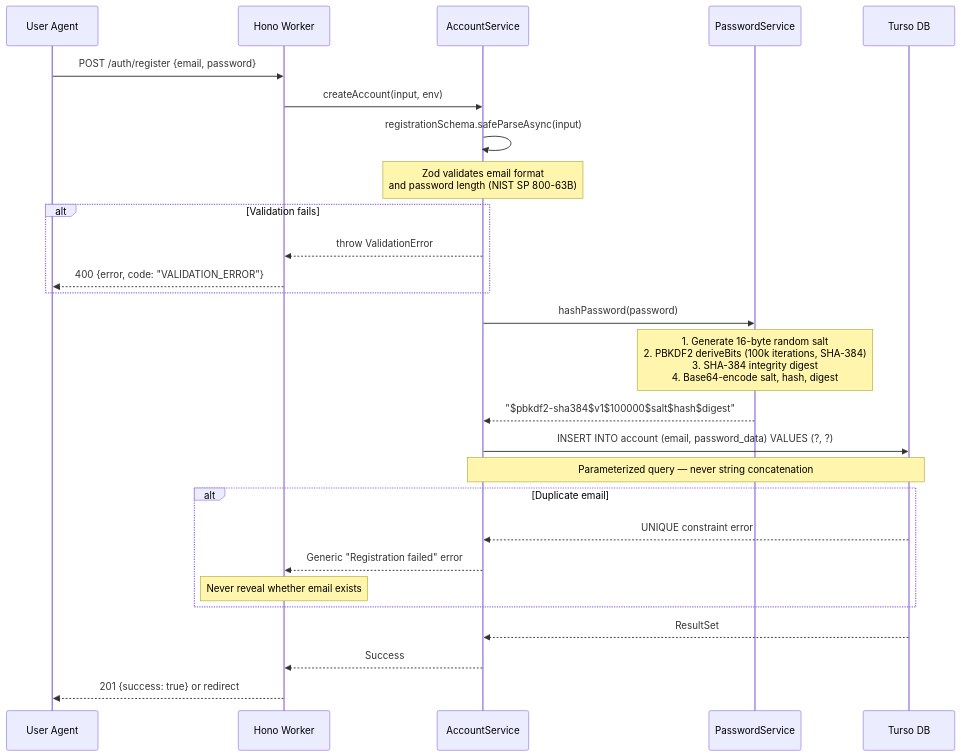
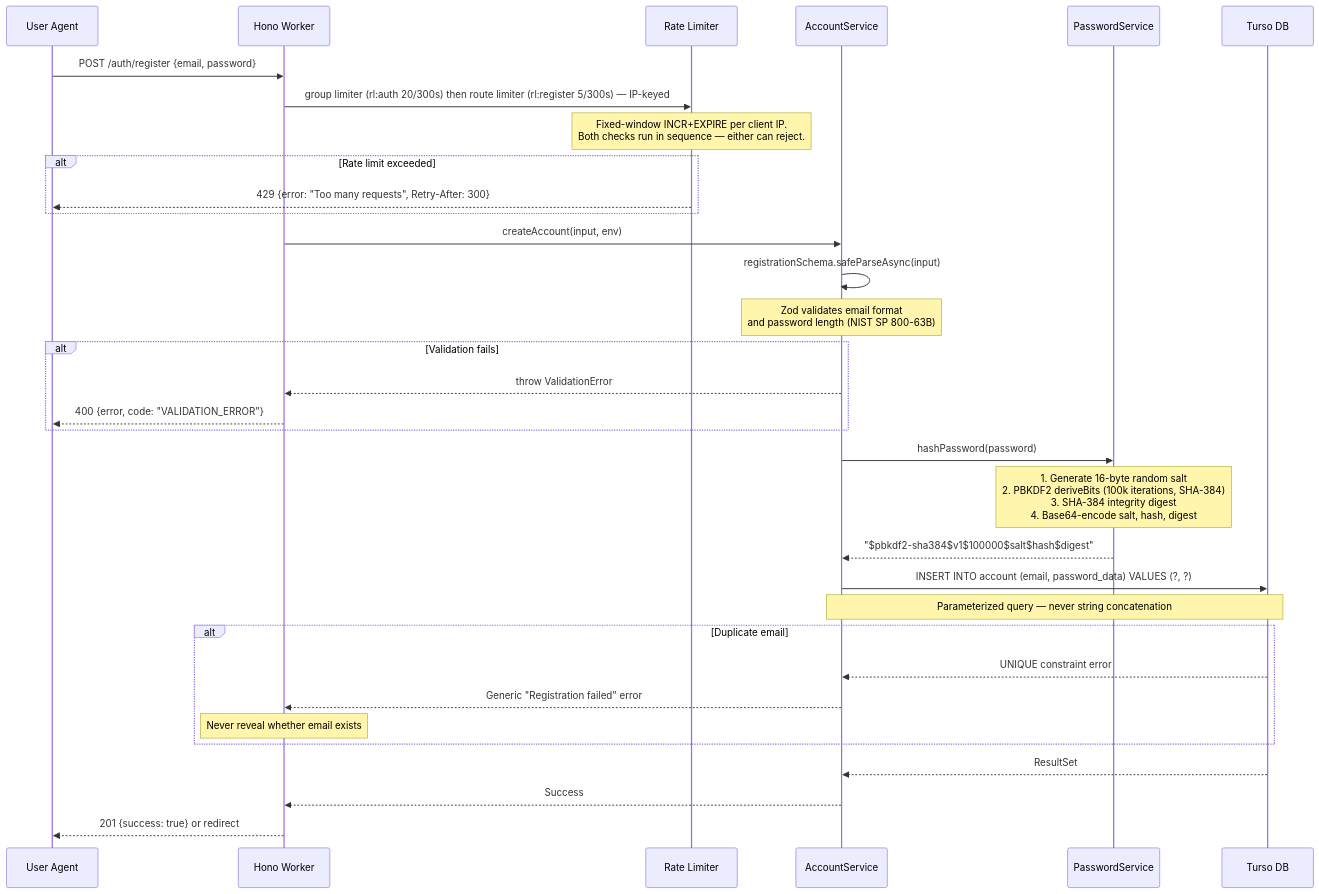
One commit to vhscom/private-landing changed the first of 6 diagrams in docs/flows.md. Above: the diagram before and after it, drawn with Mermaid. The commit also changed other lines of this file, not shown here.

Commit message:
docs: add rate limiter to login/register flows

````diff
--- a/docs/flows.md
+++ b/docs/flows.md
@@ -15,36 +17,43 @@
 ```mermaid
 sequenceDiagram
   participant U as User Agent
   participant H as Hono Worker
+  participant RL as Rate Limiter
   participant AS as AccountService
   participant PS as PasswordService
   participant DB as Turso DB
 
   U->>H: POST /auth/register {email, password}
+  H->>RL: group limiter (rl:auth 20/300s) then route limiter (rl:register 5/300s) — IP-keyed
+  Note over RL: Fixed-window INCR+EXPIRE per client IP.<br/>Both checks run in sequence — either can reject.
+  alt Rate limit exceeded
+    RL-->>U: 429 {error: "Too many requests", Retry-After: 300}
+  end
+
   H->>AS: createAccount(input, env)
 
   AS->>AS: registrationSchema.safeParseAsync(input)
   Note over AS: Zod validates email format<br/>and password length (NIST SP 800-63B)
 
   alt Validation fails
     AS-->>H: throw ValidationError
     H-->>U: 400 {error, code: "VALIDATION_ERROR"}
   end
 
   AS->>PS: hashPassword(password)
   Note over PS: 1. Generate 16-byte random salt<br/>2. PBKDF2 deriveBits (100k iterations, SHA-384)<br/>3. SHA-384 integrity digest<br/>4. Base64-encode salt, hash, digest
   PS-->>AS: "$pbkdf2-sha384$v1$100000$salt$hash$digest"
 
   AS->>DB: INSERT INTO account (email, password_data) VALUES (?, ?)
   Note over AS,DB: Parameterized query — never string concatenation
 
   alt Duplicate email
     DB-->>AS: UNIQUE constraint error
     AS-->>H: Generic "Registration failed" error
     Note over H: Never reveal whether email exists
   end
 
   DB-->>AS: ResultSet
   AS-->>H: Success
   H-->>U: 201 {success: true} or redirect
 ```
````
